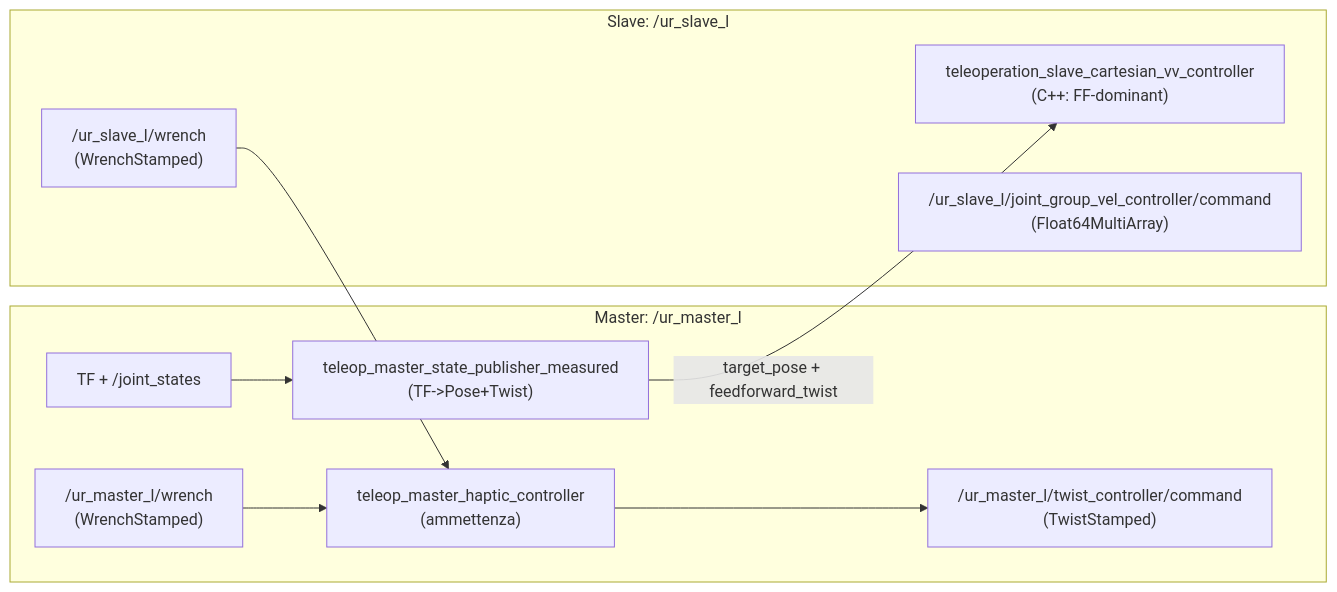
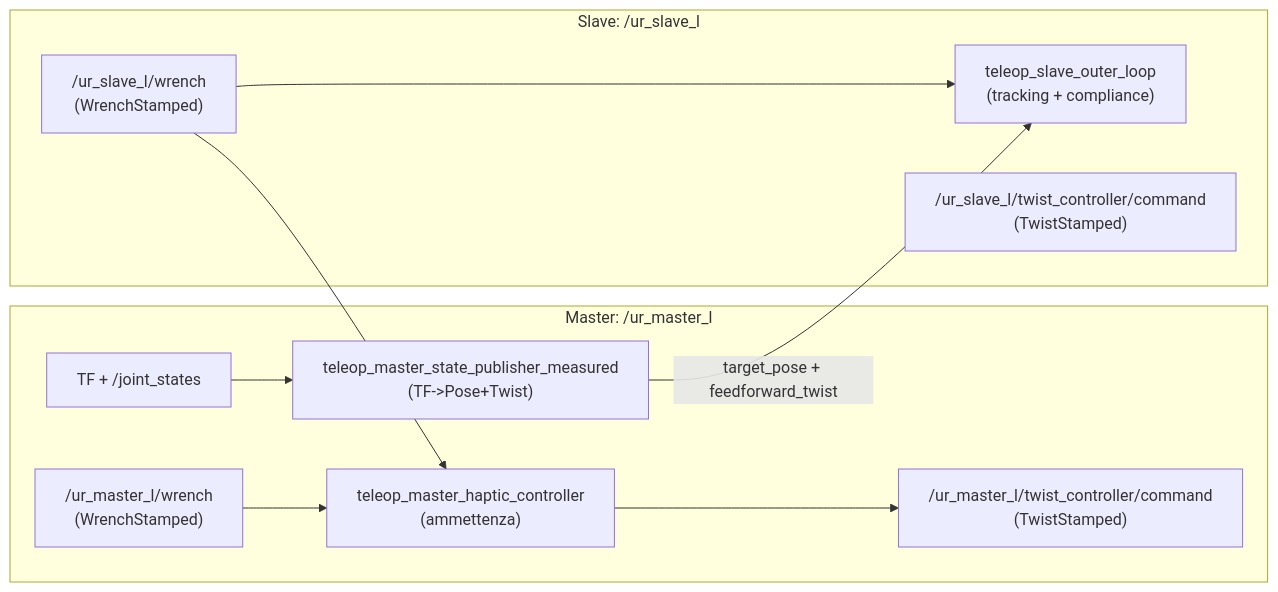
The diagram in teleoperation/plan/master_bilateral_teleoperation.md (match-ROS/match_mobile_robotics), drawn with Mermaid before and after one commit. The commit also changed other lines of this file and 28 other files, not shown here.

````diff
--- a/teleoperation/plan/master_bilateral_teleoperation.md
+++ b/teleoperation/plan/master_bilateral_teleoperation.md
@@ -88,21 +88,22 @@
 ```mermaid
 flowchart LR
   subgraph MASTER["Master: /ur_master_l"]
     Wm["/ur_master_l/wrench\n(WrenchStamped)"]
     TFm["TF + /joint_states"]
     H["teleop_master_haptic_controller\n(ammettenza)"]
     S["teleop_master_state_publisher_measured\n(TF->Pose+Twist)"]
     Cm["/ur_master_l/twist_controller/command\n(TwistStamped)"]
   end
 
   subgraph SLAVE["Slave: /ur_slave_l"]
     Ws["/ur_slave_l/wrench\n(WrenchStamped)"]
-    Cs["teleoperation_slave_cartesian_vv_controller\n(C++: FF-dominant)"]
-    Qd["/ur_slave_l/joint_group_vel_controller/command\n(Float64MultiArray)"]
+    Cs["teleop_slave_outer_loop\n(tracking + compliance)"]
+    Qd["/ur_slave_l/twist_controller/command\n(TwistStamped)"]
   end
 
   TFm --> S -->|target_pose + feedforward_twist| Cs
+  Ws --> Cs
   Ws --> H
   Wm --> H
   H --> Cm
 ```
````
